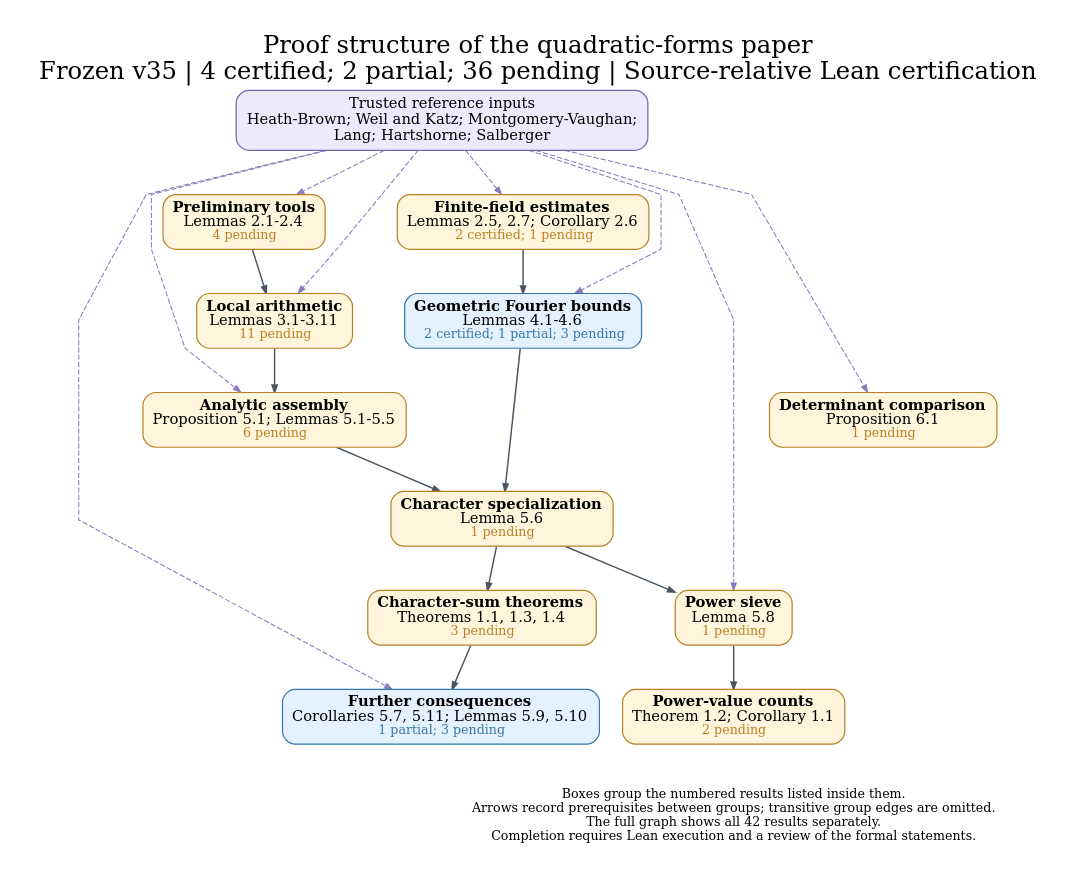
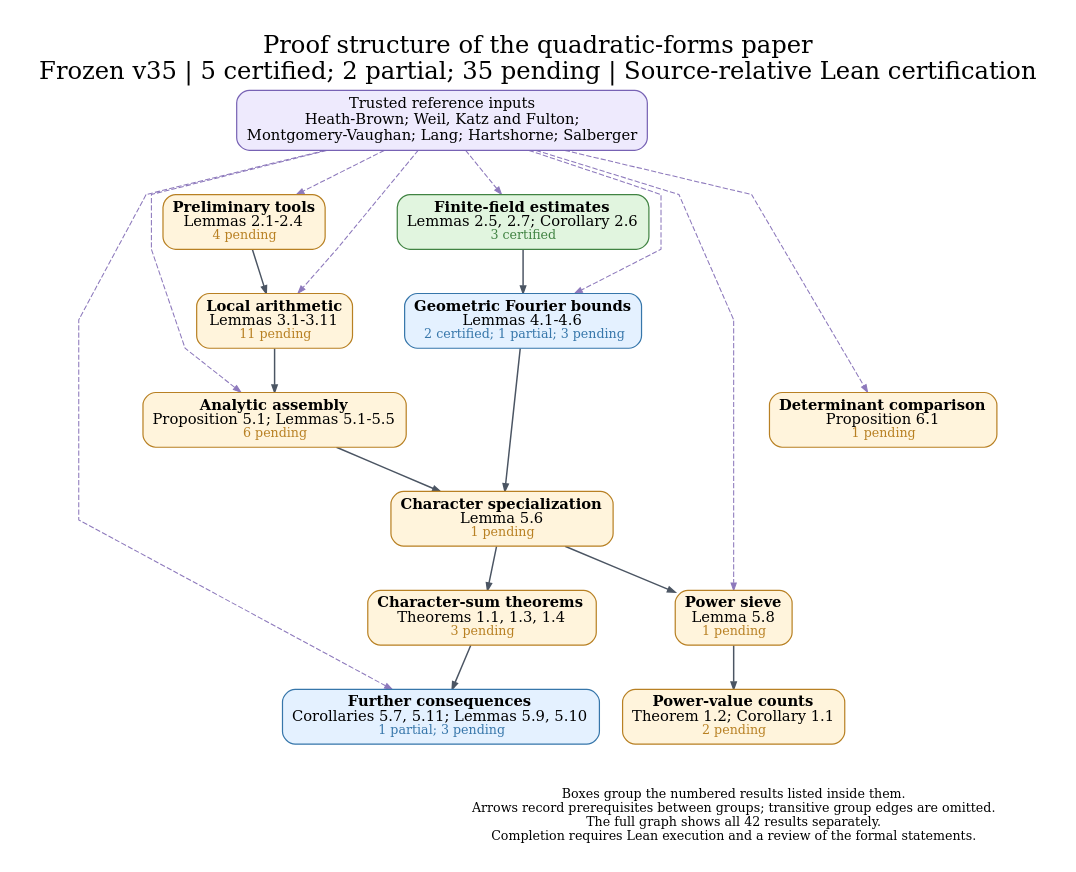
The diagram in docs/dependency_overview.dot (nicolasrobles/quaternary-quadratic-forms), drawn with Graphviz before and after one commit. The commit also changed 34 other files, not shown here.

First line of the commit message:
Certify the quadric Katz bound and prove quadratic trace size estimates

```diff
--- a/docs/dependency_overview.dot
+++ b/docs/dependency_overview.dot
@@ -1,43 +1,43 @@
 digraph Overview {
 graph [rankdir=TB, newrank=true, compound=true, outputorder=edgesfirst,
   bgcolor="white", fontname="DejaVu Serif", fontsize=23, labelloc=t,
-  label="Proof structure of the quadratic-forms paper\nFrozen v35 | 4 certified; 2 partial; 36 pending | Source-relative Lean certification",
+  label="Proof structure of the quadratic-forms paper\nFrozen v35 | 5 certified; 2 partial; 35 pending | Source-relative Lean certification",
   nodesep=0.30, ranksep=0.58, pad=0.28, splines=polyline];
 node [shape=box, style="rounded,filled", fillcolor="#fff4dc", color="#b88023",
   fontname="DejaVu Serif", fontsize=14, penwidth=1.15, margin="0.12,0.09"];
 edge [color="#4b5563", arrowsize=0.70, penwidth=1.05];
-sources [label="Trusted reference inputs\nHeath-Brown; Weil and Katz; Montgomery-Vaughan;\nLang; Hartshorne; Salberger", fillcolor="#eeeafd", color="#7762b4", fontsize=14];
+sources [label="Trusted reference inputs\nHeath-Brown; Weil, Katz and Fulton;\nMontgomery-Vaughan; Lang; Hartshorne; Salberger", fillcolor="#eeeafd", color="#7762b4", fontsize=14];
 "prelim" [label=<<B>Preliminary tools</B><BR/>Lemmas 2.1-2.4<BR/><FONT POINT-SIZE="12" COLOR="#b88023">4 pending</FONT>>, fillcolor="#fff4dc", color="#b88023", URL="https://github.com/nicolasrobles/quaternary-quadratic-forms/blob/main/INVENTORY.md", target="_blank"];
-"finite" [label=<<B>Finite-field estimates</B><BR/>Lemmas 2.5, 2.7; Corollary 2.6<BR/><FONT POINT-SIZE="12" COLOR="#b88023">2 certified; 1 pending</FONT>>, fillcolor="#fff4dc", color="#b88023", URL="https://github.com/nicolasrobles/quaternary-quadratic-forms/blob/main/INVENTORY.md", target="_blank"];
+"finite" [label=<<B>Finite-field estimates</B><BR/>Lemmas 2.5, 2.7; Corollary 2.6<BR/><FONT POINT-SIZE="12" COLOR="#408342">3 certified</FONT>>, fillcolor="#e1f5df", color="#408342", URL="https://github.com/nicolasrobles/quaternary-quadratic-forms/blob/main/INVENTORY.md", target="_blank"];
 "local" [label=<<B>Local arithmetic</B><BR/>Lemmas 3.1-3.11<BR/><FONT POINT-SIZE="12" COLOR="#b88023">11 pending</FONT>>, fillcolor="#fff4dc", color="#b88023", URL="https://github.com/nicolasrobles/quaternary-quadratic-forms/blob/main/INVENTORY.md", target="_blank"];
 "fourier" [label=<<B>Geometric Fourier bounds</B><BR/>Lemmas 4.1-4.6<BR/><FONT POINT-SIZE="12" COLOR="#3676aa">2 certified; 1 partial; 3 pending</FONT>>, fillcolor="#e4f1ff", color="#3676aa", URL="https://github.com/nicolasrobles/quaternary-quadratic-forms/blob/main/INVENTORY.md", target="_blank"];
 "analytic" [label=<<B>Analytic assembly</B><BR/>Proposition 5.1; Lemmas 5.1-5.5<BR/><FONT POINT-SIZE="12" COLOR="#b88023">6 pending</FONT>>, fillcolor="#fff4dc", color="#b88023", URL="https://github.com/nicolasrobles/quaternary-quadratic-forms/blob/main/INVENTORY.md", target="_blank"];
 "characters" [label=<<B>Character specialization</B><BR/>Lemma 5.6<BR/><FONT POINT-SIZE="12" COLOR="#b88023">1 pending</FONT>>, fillcolor="#fff4dc", color="#b88023", URL="https://github.com/nicolasrobles/quaternary-quadratic-forms/blob/main/INVENTORY.md", target="_blank"];
 "sieve" [label=<<B>Power sieve</B><BR/>Lemma 5.8<BR/><FONT POINT-SIZE="12" COLOR="#b88023">1 pending</FONT>>, fillcolor="#fff4dc", color="#b88023", URL="https://github.com/nicolasrobles/quaternary-quadratic-forms/blob/main/INVENTORY.md", target="_blank"];
 "consequences" [label=<<B>Further consequences</B><BR/>Corollaries 5.7, 5.11; Lemmas 5.9, 5.10<BR/><FONT POINT-SIZE="12" COLOR="#3676aa">1 partial; 3 pending</FONT>>, fillcolor="#e4f1ff", color="#3676aa", URL="https://github.com/nicolasrobles/quaternary-quadratic-forms/blob/main/INVENTORY.md", target="_blank"];
 "maincharacters" [label=<<B>Character-sum theorems</B><BR/>Theorems 1.1, 1.3, 1.4<BR/><FONT POINT-SIZE="12" COLOR="#b88023">3 pending</FONT>>, fillcolor="#fff4dc", color="#b88023", URL="https://github.com/nicolasrobles/quaternary-quadratic-forms/blob/main/INVENTORY.md", target="_blank"];
 "mainpowers" [label=<<B>Power-value counts</B><BR/>Theorem 1.2; Corollary 1.1<BR/><FONT POINT-SIZE="12" COLOR="#b88023">2 pending</FONT>>, fillcolor="#fff4dc", color="#b88023", URL="https://github.com/nicolasrobles/quaternary-quadratic-forms/blob/main/INVENTORY.md", target="_blank"];
 "fixed" [label=<<B>Determinant comparison</B><BR/>Proposition 6.1<BR/><FONT POINT-SIZE="12" COLOR="#b88023">1 pending</FONT>>, fillcolor="#fff4dc", color="#b88023", URL="https://github.com/nicolasrobles/quaternary-quadratic-forms/blob/main/INVENTORY.md", target="_blank"];
 "analytic" -> "characters" [penwidth=1.4];
 "characters" -> "maincharacters" [penwidth=1.4];
 "characters" -> "sieve" [penwidth=1.4];
 "finite" -> "fourier" [penwidth=1.4];
 "fourier" -> "characters" [penwidth=1.4];
 "local" -> "analytic" [penwidth=1.4];
 "maincharacters" -> "consequences" [penwidth=1.4];
 "prelim" -> "local" [penwidth=1.4];
 "sieve" -> "mainpowers" [penwidth=1.4];
 sources -> "analytic" [style=dashed, color="#8d79bc", penwidth=1.0];
 sources -> "consequences" [style=dashed, color="#8d79bc", penwidth=1.0];
 sources -> "finite" [style=dashed, color="#8d79bc", penwidth=1.0];
 sources -> "fixed" [style=dashed, color="#8d79bc", penwidth=1.0];
 sources -> "fourier" [style=dashed, color="#8d79bc", penwidth=1.0];
 sources -> "local" [style=dashed, color="#8d79bc", penwidth=1.0];
 sources -> "prelim" [style=dashed, color="#8d79bc", penwidth=1.0];
 sources -> "sieve" [style=dashed, color="#8d79bc", penwidth=1.0];
 legend [shape=plain, style="", label="Boxes group the numbered results listed inside them.\nArrows record prerequisites between groups; transitive group edges are omitted.\nThe full graph shows all 42 results separately.\nCompletion requires Lean execution and a review of the formal statements.", fontsize=12];
 {rank=sink; legend;}
 "consequences" -> legend [style=invis];
 "fixed" -> legend [style=invis];
 "mainpowers" -> legend [style=invis];
 }
```
